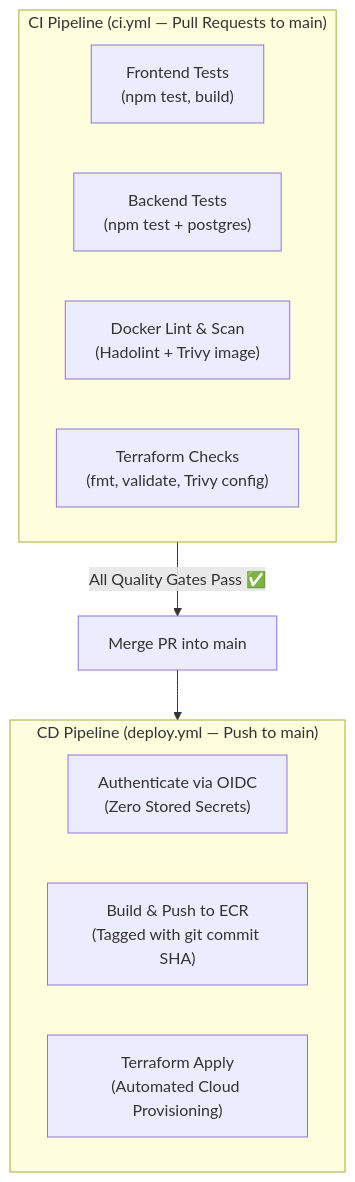
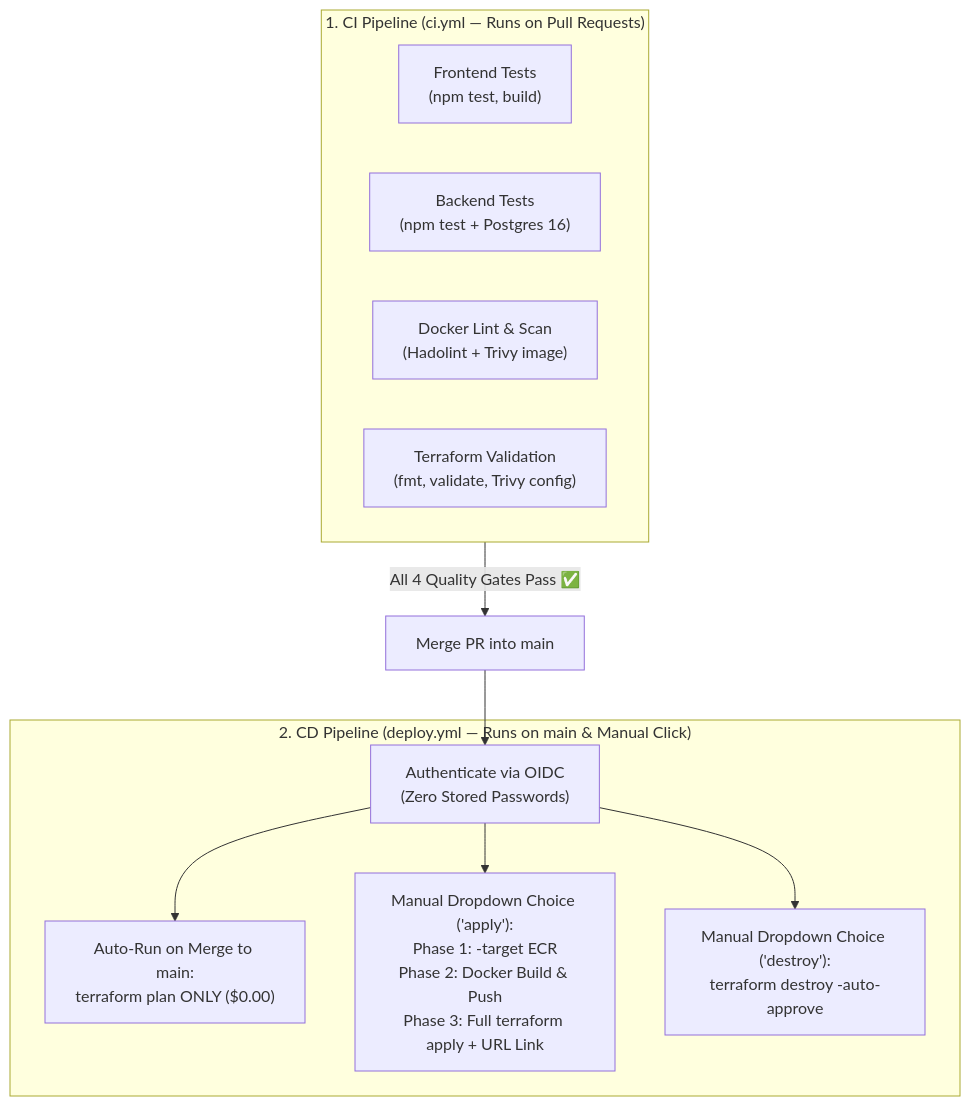
The diagram in docs/github/02-cd-and-roadmap.md (Leospe24/opsticket-practice), drawn with Mermaid before and after one commit. The commit also changed other lines of this file and 3 other files, not shown here.

````diff
--- a/docs/github/02-cd-and-roadmap.md
+++ b/docs/github/02-cd-and-roadmap.md
@@ -9,18 +9,22 @@
 ```mermaid
 flowchart TD
-    subgraph CI ["CI Pipeline (ci.yml — Pull Requests to main)"]
+    subgraph CI ["1. CI Pipeline (ci.yml — Runs on Pull Requests)"]
         A1["Frontend Tests\n(npm test, build)"]
-        A2["Backend Tests\n(npm test + postgres)"]
+        A2["Backend Tests\n(npm test + Postgres 16)"]
         A3["Docker Lint & Scan\n(Hadolint + Trivy image)"]
-        A4["Terraform Checks\n(fmt, validate, Trivy config)"]
+        A4["Terraform Validation\n(fmt, validate, Trivy config)"]
     end
 
-    subgraph CD ["CD Pipeline (deploy.yml — Push to main)"]
-        B1["Authenticate via OIDC\n(Zero Stored Secrets)"]
-        B2["Build & Push to ECR\n(Tagged with git commit SHA)"]
-        B3["Terraform Apply\n(Automated Cloud Provisioning)"]
+    subgraph CD ["2. CD Pipeline (deploy.yml — Runs on main & Manual Click)"]
+        B1["Authenticate via OIDC\n(Zero Stored Passwords)"]
+        B2["Auto-Run on Merge to main:\nterraform plan ONLY ($0.00)"]
+        B3["Manual Dropdown Choice ('apply'):\nPhase 1: -target ECR\nPhase 2: Docker Build & Push\nPhase 3: Full terraform apply + URL Link"]
+        B4["Manual Dropdown Choice ('destroy'):\nterraform destroy -auto-approve"]
     end
 
-    CI -->|All Quality Gates Pass ✅| Merge["Merge PR into main"]
-    Merge --> CD
+    CI -->|"All 4 Quality Gates Pass ✅"| Merge["Merge PR into main"]
+    Merge --> B1
+    B1 --> B2
+    B1 --> B3
+    B1 --> B4
 ```
````
